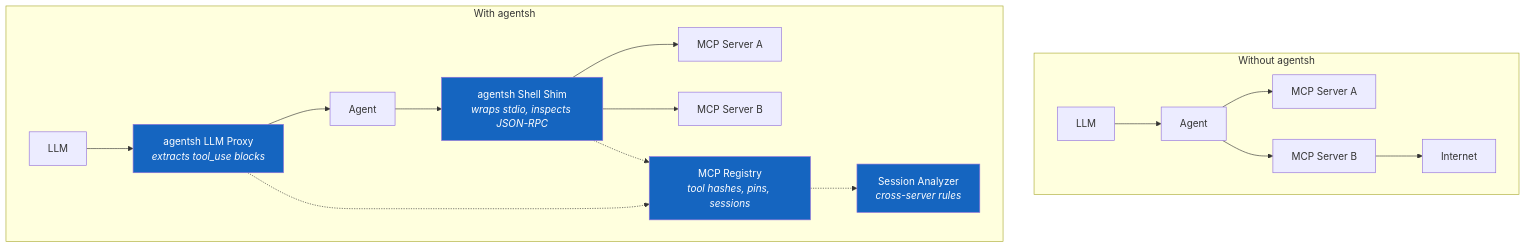
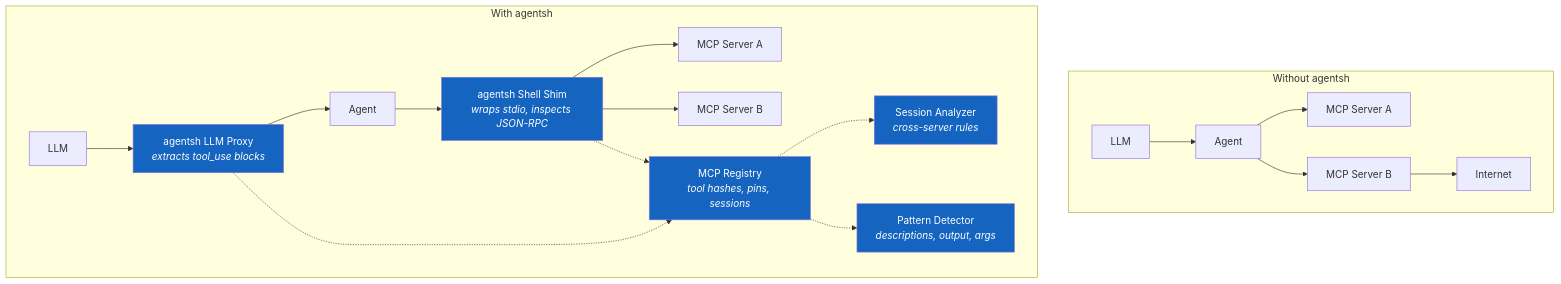
The fourth of 4 diagrams in README.md (canyonroad/agentsh-mcp-protection-demo), drawn with Mermaid before and after one commit. The commit also changed other lines of this file and 4 other files, not shown here.

````diff
--- a/README.md
+++ b/README.md
@@ -290,25 +489,27 @@
 ```mermaid
 graph TB
     subgraph "Without agentsh"
         LLM1["LLM"] --> AgentNoProtection["Agent"]
         AgentNoProtection --> ServerA1["MCP Server A"]
         AgentNoProtection --> ServerB1["MCP Server B"]
         ServerB1 --> Internet1["Internet"]
     end
 
     subgraph "With agentsh"
         LLM2["LLM"] --> Proxy["agentsh LLM Proxy<br/><i>extracts tool_use blocks</i>"]
         Proxy --> Agent2["Agent"]
         Agent2 --> Shim["agentsh Shell Shim<br/><i>wraps stdio, inspects JSON-RPC</i>"]
         Shim --> ServerA2["MCP Server A"]
         Shim --> ServerB2["MCP Server B"]
         Proxy -.-> Registry["MCP Registry<br/><i>tool hashes, pins, sessions</i>"]
         Shim -.-> Registry
         Registry -.-> Analyzer["Session Analyzer<br/><i>cross-server rules</i>"]
+        Registry -.-> Detector["Pattern Detector<br/><i>descriptions, output, args</i>"]
     end
 
     style Proxy fill:#1565c0,color:#fff
     style Shim fill:#1565c0,color:#fff
     style Registry fill:#1565c0,color:#fff
     style Analyzer fill:#1565c0,color:#fff
+    style Detector fill:#1565c0,color:#fff
 ```
````
